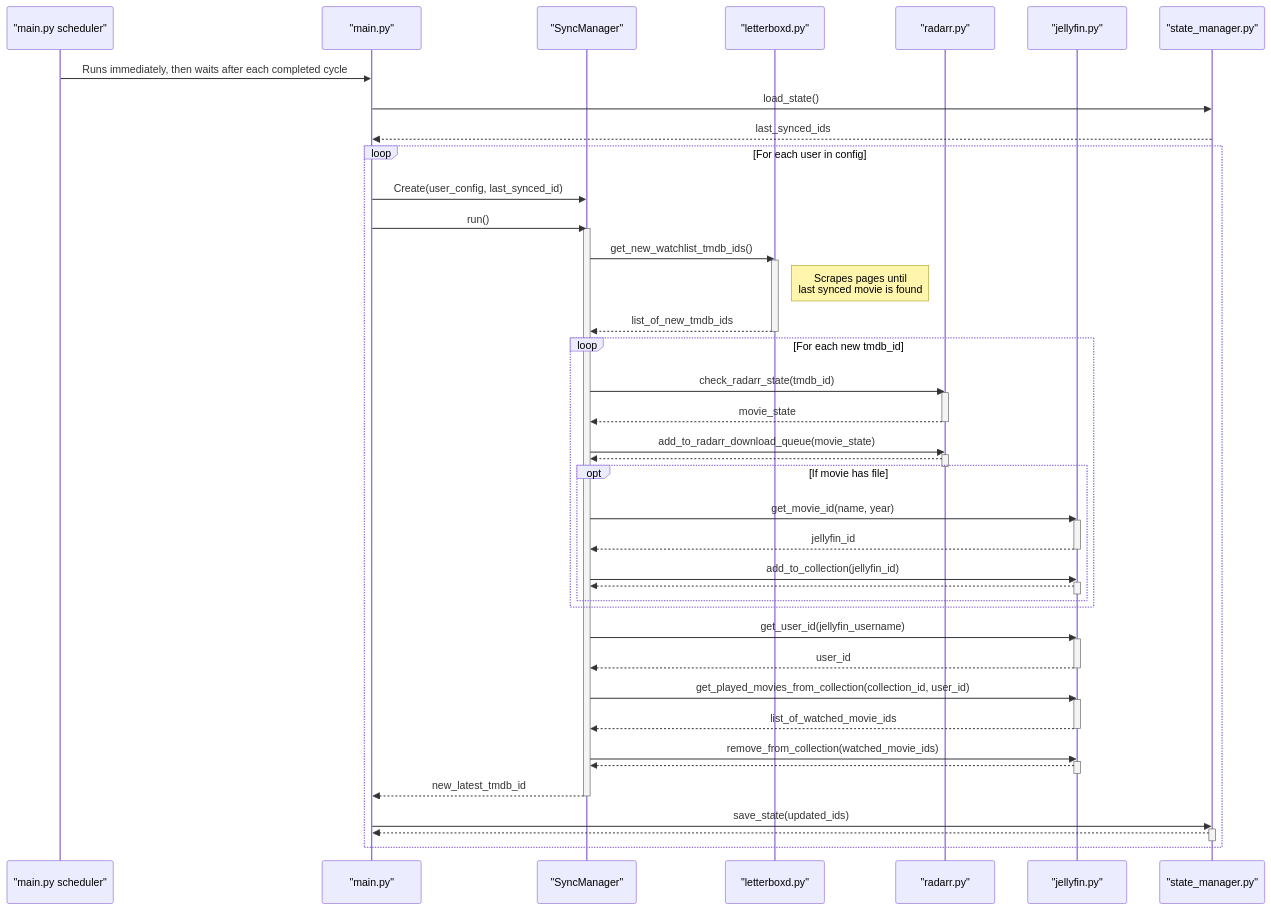
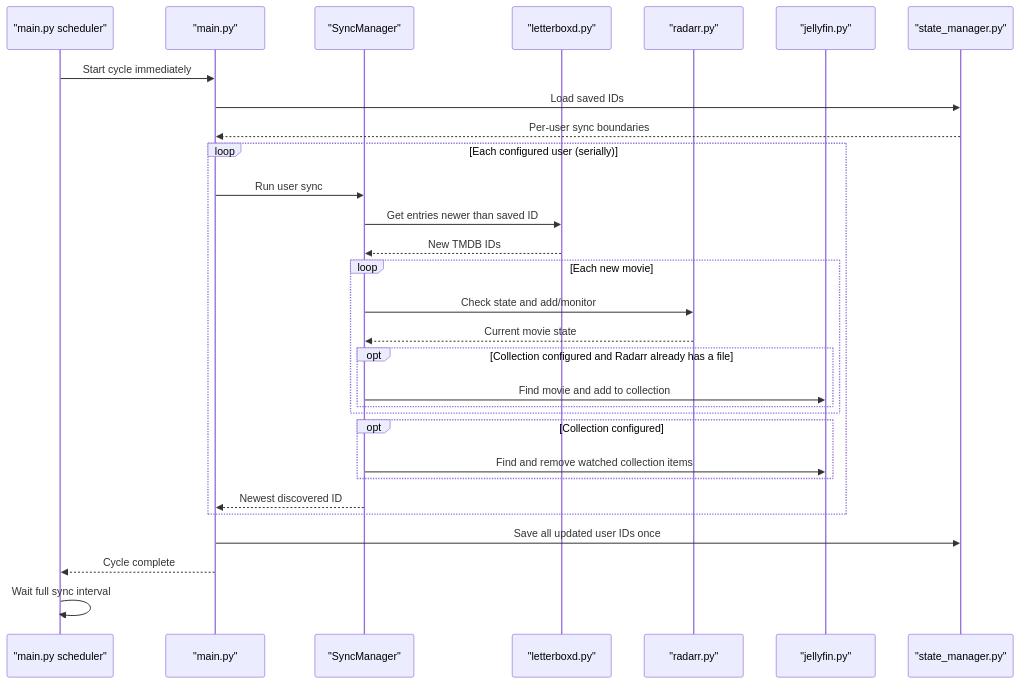
One commit to MathisVerstrepen/letterboxd-jellyfin changed the diagram in README.md. Above: the diagram before and after it, drawn with Mermaid. The commit also changed other lines of this file, not shown here.

First line of the commit message:
docs(readme): Clarify sync flow and deployment setup

````diff
--- a/README.md
+++ b/README.md
@@ -36,77 +38,38 @@
 ```mermaid
 %%{ init : { "theme" : "default" }}%%
 sequenceDiagram
     participant Scheduler as "main.py scheduler"
     participant Main as "main.py"
     participant SyncManager as "SyncManager"
     participant Letterboxd as "letterboxd.py"
     participant Radarr as "radarr.py"
     participant Jellyfin as "jellyfin.py"
     participant State as "state_manager.py"
 
-    Scheduler->>Main: Runs immediately, then waits after each completed cycle
+    Scheduler->>Main: Start cycle immediately
+    Main->>State: Load saved IDs
+    State-->>Main: Per-user sync boundaries
 
-    Main->>State: load_state()
-    State-->>Main: last_synced_ids
-    
-    loop For each user in config
-        Main->>SyncManager: Create(user_config, last_synced_id)
-        Main->>SyncManager: run()
-        activate SyncManager
-        
-        %% 1. Get new movies from Letterboxd
-        SyncManager->>Letterboxd: get_new_watchlist_tmdb_ids()
-        activate Letterboxd
-        note right of Letterboxd: Scrapes pages until<br>last synced movie is found
-        Letterboxd-->>SyncManager: list_of_new_tmdb_ids
-        deactivate Letterboxd
+    loop Each configured user (serially)
+        Main->>SyncManager: Run user sync
+        SyncManager->>Letterboxd: Get entries newer than saved ID
+        Letterboxd-->>SyncManager: New TMDB IDs
 
-        %% 2. Process new movies
-        loop For each new tmdb_id
-            SyncManager->>Radarr: check_radarr_state(tmdb_id)
-            activate Radarr
-            Radarr-->>SyncManager: movie_state
-            deactivate Radarr
-            
-            SyncManager->>Radarr: add_to_radarr_download_queue(movie_state)
-            activate Radarr
-            Radarr-->>SyncManager: 
-            deactivate Radarr
-
-            opt If movie has file
-                SyncManager->>Jellyfin: get_movie_id(name, year)
-                activate Jellyfin
-                Jellyfin-->>SyncManager: jellyfin_id
-                deactivate Jellyfin
-                SyncManager->>Jellyfin: add_to_collection(jellyfin_id)
-                activate Jellyfin
-                Jellyfin-->>SyncManager: 
-                deactivate Jellyfin
+        loop Each new movie
+            SyncManager->>Radarr: Check state and add/monitor
+            Radarr-->>SyncManager: Current movie state
+            opt Collection configured and Radarr already has a file
+                SyncManager->>Jellyfin: Find movie and add to collection
             end
         end
 
-        %% 3. Clean up watched movies
-        SyncManager->>Jellyfin: get_user_id(jellyfin_username)
-        activate Jellyfin
-        Jellyfin-->>SyncManager: user_id
-        deactivate Jellyfin
-        
-        SyncManager->>Jellyfin: get_played_movies_from_collection(collection_id, user_id)
-        activate Jellyfin
-        Jellyfin-->>SyncManager: list_of_watched_movie_ids
-        deactivate Jellyfin
-        
-        SyncManager->>Jellyfin: remove_from_collection(watched_movie_ids)
-        activate Jellyfin
-        Jellyfin-->>SyncManager: 
-        deactivate Jellyfin
+        opt Collection configured
+            SyncManager->>Jellyfin: Find and remove watched collection items
+        end
+        SyncManager-->>Main: Newest discovered ID
+    end
 
-        SyncManager-->>Main: new_latest_tmdb_id
-        deactivate SyncManager
-        
-        Main->>State: save_state(updated_ids)
-        activate State
-        State-->>Main: 
-        deactivate State
-    end
+    Main->>State: Save all updated user IDs once
+    Main-->>Scheduler: Cycle complete
+    Scheduler->>Scheduler: Wait full sync interval
 ```
````
